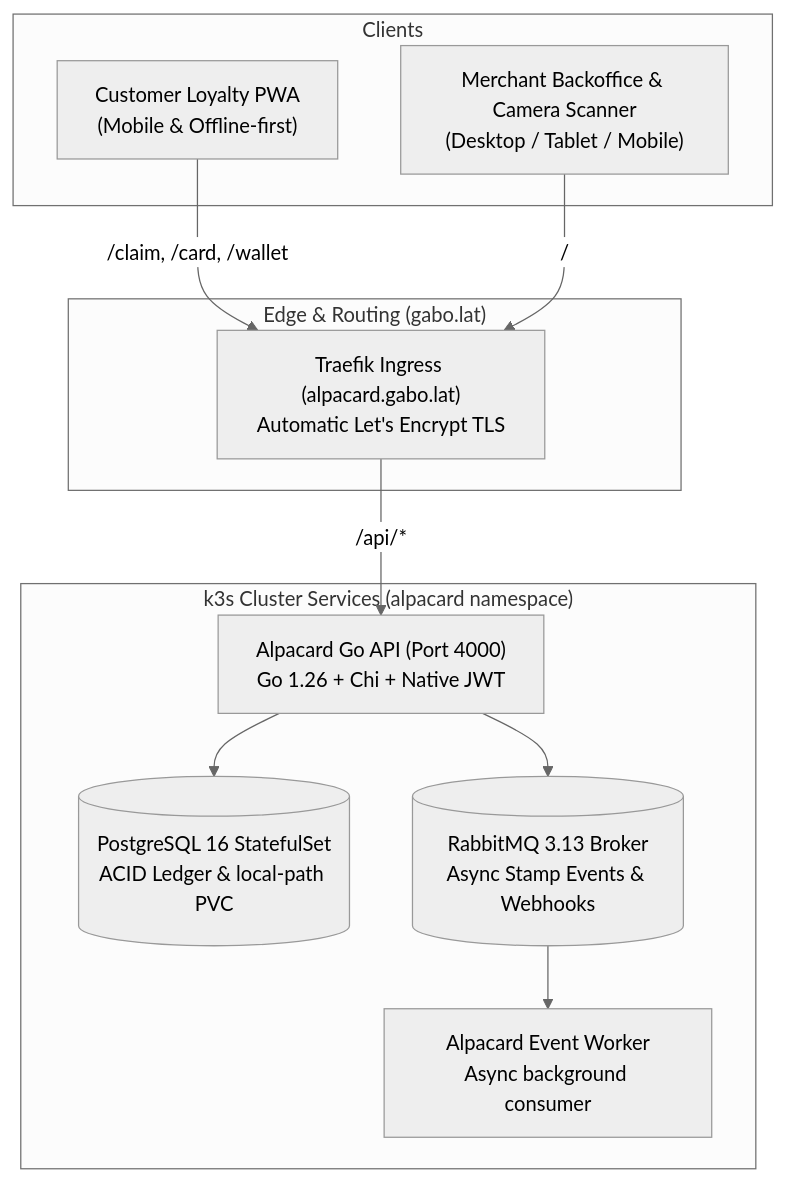
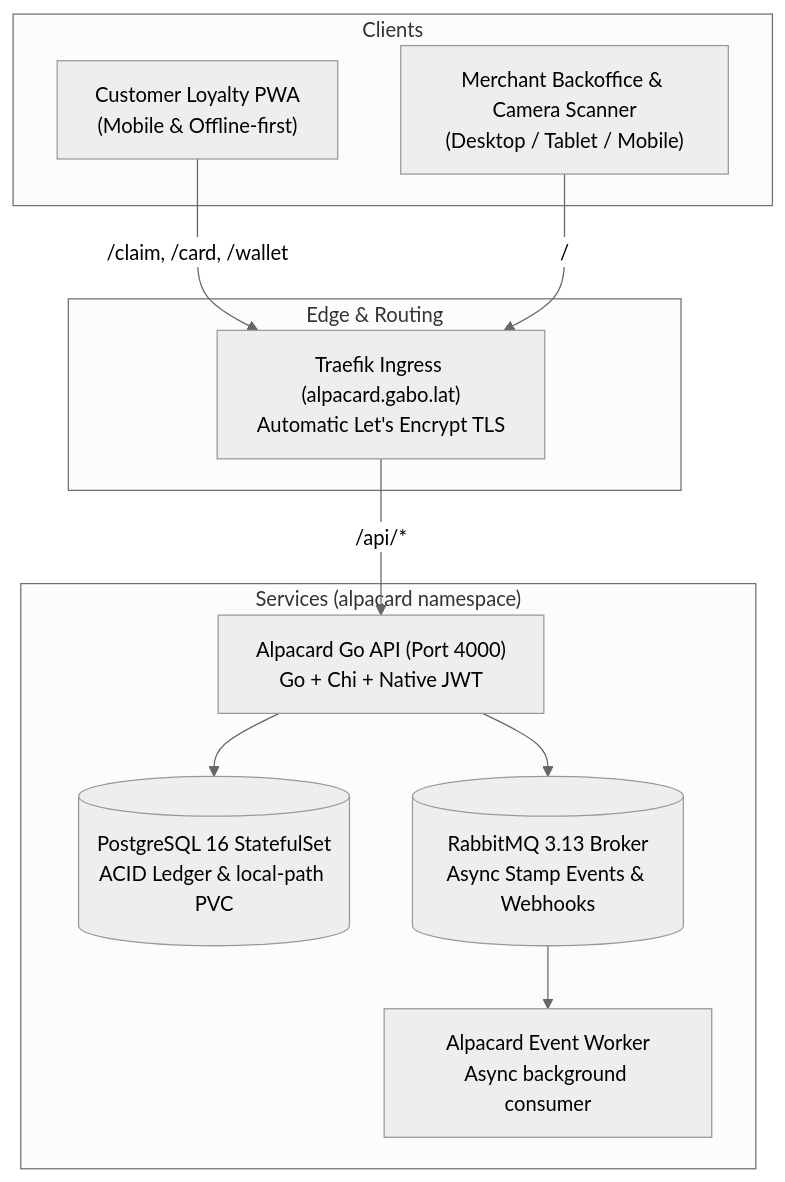
Before and after one commit to Gabmetal/alpacard-web: the diagram in README.md, drawn with Mermaid (neutral theme). The commit also changed other lines of this file and 27 other files, not shown here.

````diff
--- a/README.md
+++ b/README.md
@@ -26,25 +72,25 @@
 ```mermaid
 flowchart TD
     subgraph Clients["Clients"]
         CustomerWallet["Customer Loyalty PWA<br/>(Mobile & Offline-first)"]
         MerchantWeb["Merchant Backoffice & Camera Scanner<br/>(Desktop / Tablet / Mobile)"]
     end
 
-    subgraph Ingress["Edge & Routing (gabo.lat)"]
+    subgraph Ingress["Edge & Routing"]
         Traefik["Traefik Ingress (alpacard.gabo.lat)<br/>Automatic Let's Encrypt TLS"]
     end
 
-    subgraph Services["k3s Cluster Services (alpacard namespace)"]
-        GoAPI["Alpacard Go API (Port 4000)<br/>Go 1.26 + Chi + Native JWT"]
+    subgraph Services["Services (alpacard namespace)"]
+        GoAPI["Alpacard Go API (Port 4000)<br/>Go + Chi + Native JWT"]
         Postgres[("PostgreSQL 16 StatefulSet<br/>ACID Ledger & local-path PVC")]
         RabbitMQ[("RabbitMQ 3.13 Broker<br/>Async Stamp Events & Webhooks")]
         GoWorker["Alpacard Event Worker<br/>Async background consumer"]
     end
 
     CustomerWallet -->|/claim, /card, /wallet| Traefik
     MerchantWeb -->|/| Traefik
     Traefik -->|/api/*| GoAPI
     GoAPI --> Postgres
     GoAPI --> RabbitMQ
     RabbitMQ --> GoWorker
 ```
````
